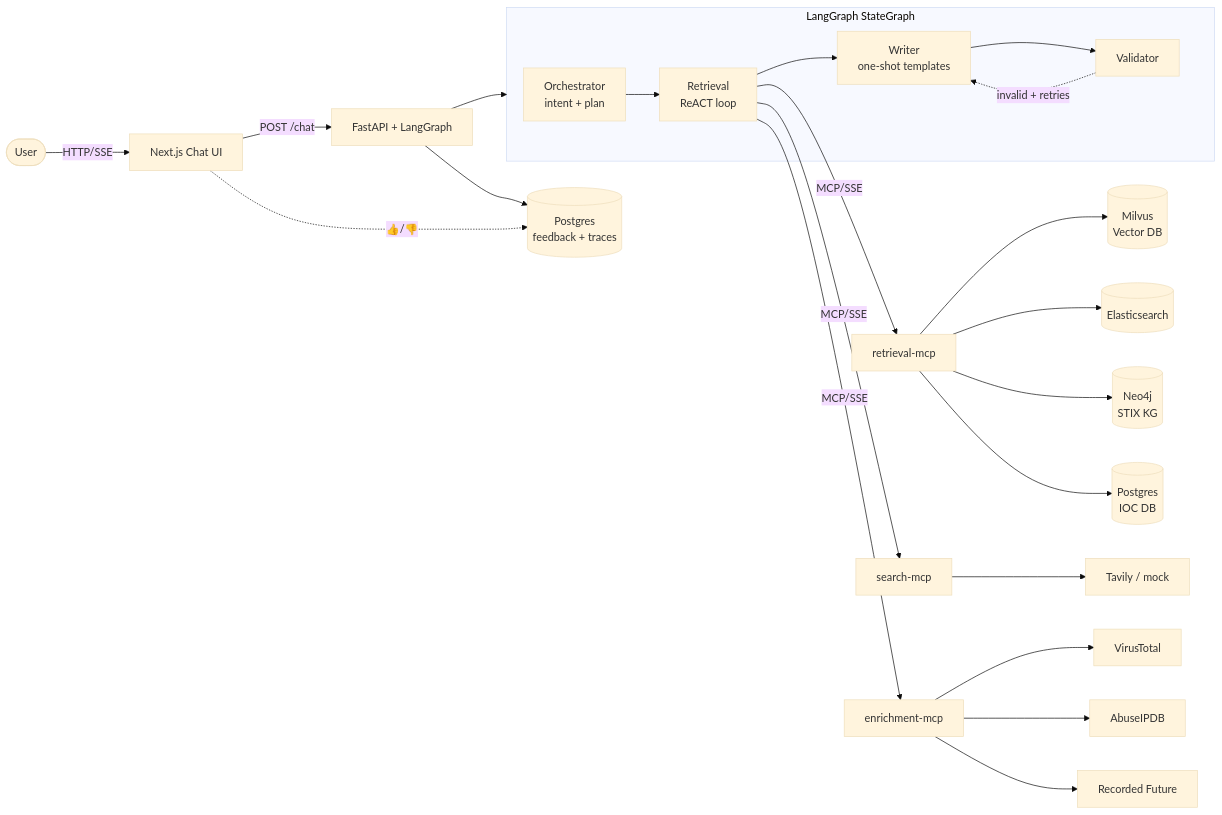
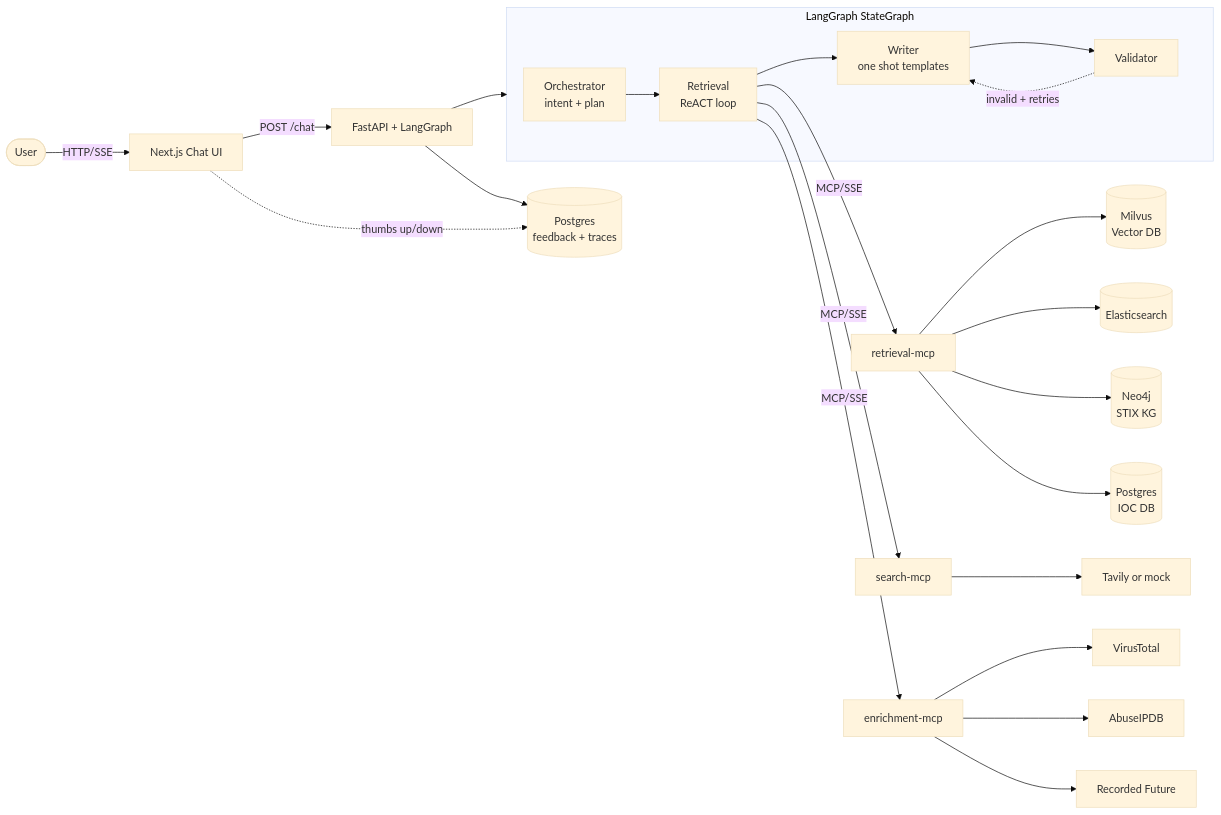
The diagram in README.md (JethroPhuah/CTI-Agent-Project), drawn with Mermaid (base theme) before and after one commit. The commit also changed other lines of this file and 26 other files, not shown here.

````diff
--- a/README.md
+++ b/README.md
@@ -44,31 +17,31 @@
 ```mermaid
 flowchart LR
     User([User]) -->|HTTP/SSE| FE[Next.js Chat UI]
     FE -->|POST /chat| API[FastAPI + LangGraph]
 
     subgraph Agents [LangGraph StateGraph]
         ORCH[Orchestrator<br/>intent + plan] --> RET[Retrieval<br/>ReACT loop]
-        RET --> WRT[Writer<br/>one-shot templates]
+        RET --> WRT[Writer<br/>one shot templates]
         WRT --> VAL[Validator]
         VAL -.invalid + retries<max.-> WRT
     end
 
     API --> Agents
 
     RET -->|MCP/SSE| MCP1[retrieval-mcp]
     RET -->|MCP/SSE| MCP2[search-mcp]
     RET -->|MCP/SSE| MCP3[enrichment-mcp]
 
     MCP1 --> Milvus[(Milvus<br/>Vector DB)]
     MCP1 --> ES[(Elasticsearch)]
     MCP1 --> Neo[(Neo4j<br/>STIX KG)]
     MCP1 --> PG[(Postgres<br/>IOC DB)]
 
-    MCP2 --> Tavily[Tavily / mock]
+    MCP2 --> Tavily[Tavily or mock]
     MCP3 --> VT[VirusTotal]
     MCP3 --> Abuse[AbuseIPDB]
     MCP3 --> RF[Recorded Future]
 
     API --> FB[(Postgres<br/>feedback + traces)]
-    FE -.👍/👎.-> FB
+    FE -.thumbs up/down.-> FB
 ```
````
